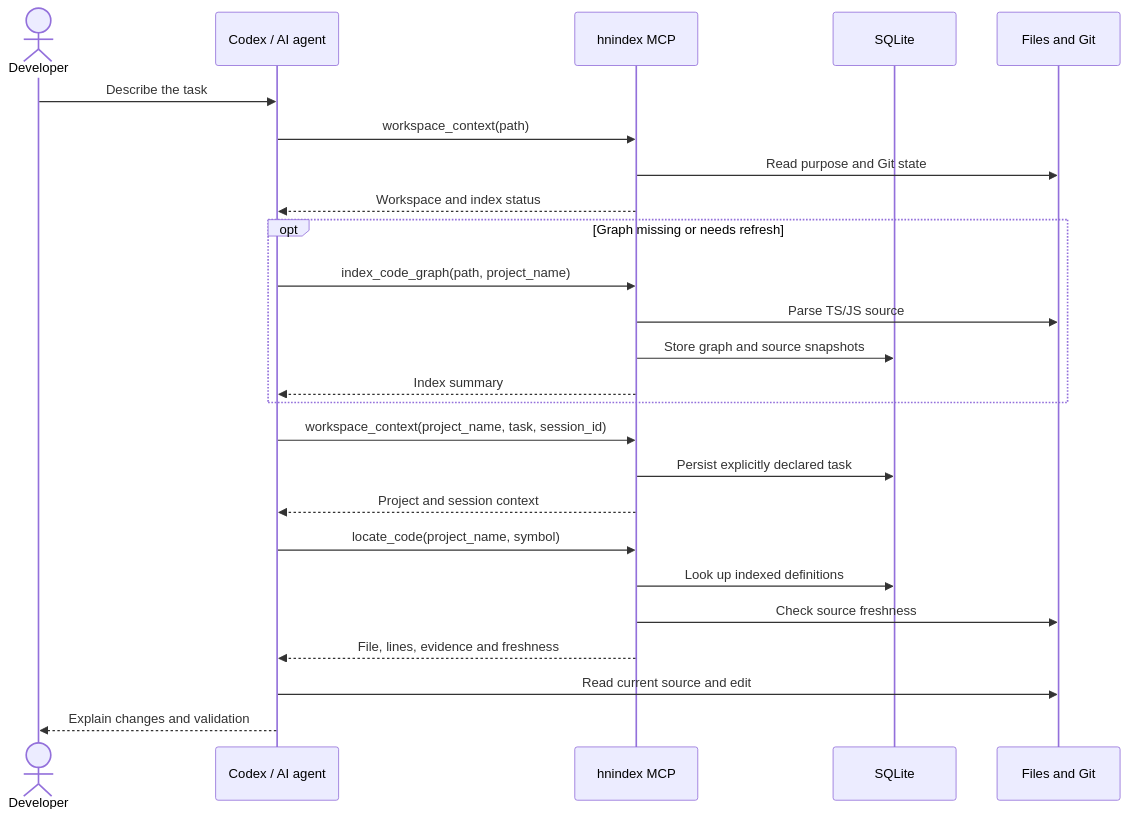
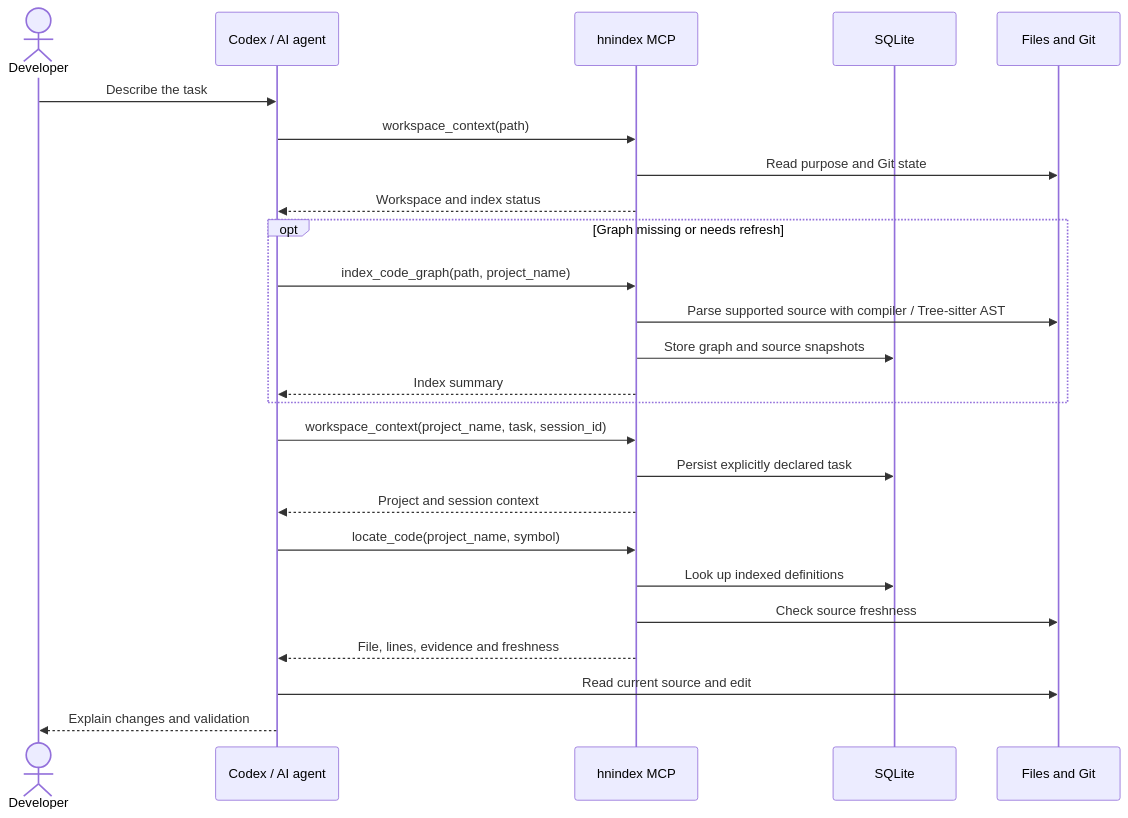
One commit to AndyAnh174/vibe-hnindex changed the second of 3 diagrams in docs/architecture.md. Above: the diagram before and after it, drawn with Mermaid. The commit also changed other lines of this file and 42 other files, not shown here.

Commit message:
feat: v0.16.1 multilingual AST code graph and release synchronization (#25)

````diff
--- a/docs/architecture.md
+++ b/docs/architecture.md
@@ -43,29 +43,29 @@
 ```mermaid
 sequenceDiagram
     accTitle: Agent context and code location sequence
     accDescr: A developer declares a task. The agent inspects the workspace, optionally builds a graph, records the task, retrieves locations, then reads and edits current source.
     actor developer as Developer
     participant agent_client as Codex / AI agent
     participant hnindex_server as hnindex MCP
     participant sqlite_store as SQLite
     participant project_files as Files and Git
     developer->>agent_client: Describe the task
     agent_client->>hnindex_server: workspace_context(path)
     hnindex_server->>project_files: Read purpose and Git state
     hnindex_server-->>agent_client: Workspace and index status
     opt Graph missing or needs refresh
         agent_client->>hnindex_server: index_code_graph(path, project_name)
-        hnindex_server->>project_files: Parse TS/JS source
+        hnindex_server->>project_files: Parse supported source with compiler / Tree-sitter AST
         hnindex_server->>sqlite_store: Store graph and source snapshots
         hnindex_server-->>agent_client: Index summary
     end
     agent_client->>hnindex_server: workspace_context(project_name, task, session_id)
     hnindex_server->>sqlite_store: Persist explicitly declared task
     hnindex_server-->>agent_client: Project and session context
     agent_client->>hnindex_server: locate_code(project_name, symbol)
     hnindex_server->>sqlite_store: Look up indexed definitions
     hnindex_server->>project_files: Check source freshness
     hnindex_server-->>agent_client: File, lines, evidence and freshness
     agent_client->>project_files: Read current source and edit
     agent_client-->>developer: Explain changes and validation
 ```
````
